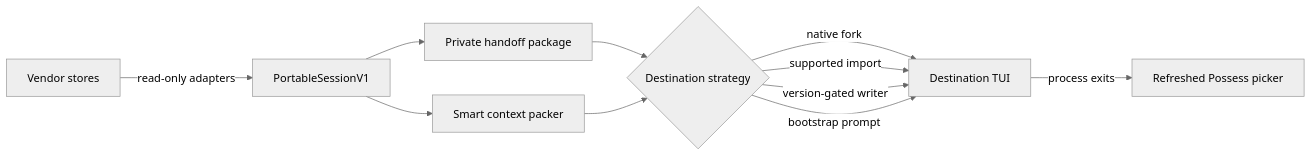
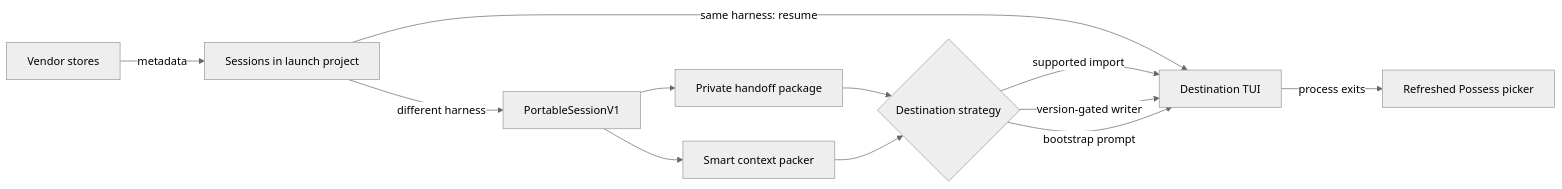
One commit to steven-p-walsh/Possess changed the diagram in docs/architecture.md. Above: the diagram before and after it, drawn with Mermaid (neutral theme). The commit also changed other lines of this file and 17 other files, not shown here.

Commit message:
Improve project-scoped session handoffs

````diff
--- a/docs/architecture.md
+++ b/docs/architecture.md
@@ -7,13 +7,14 @@
 ```mermaid
 flowchart LR
-    A[Vendor stores] -->|read-only adapters| B[PortableSessionV1]
+    A[Vendor stores] -->|metadata| S[Sessions in launch project]
+    S -->|same harness: resume| F[Destination TUI]
+    S -->|different harness| B[PortableSessionV1]
     B --> C[Private handoff package]
     B --> D[Smart context packer]
     C --> E{Destination strategy}
     D --> E
-    E -->|native fork| F[Destination TUI]
     E -->|supported import| F
     E -->|version-gated writer| F
     E -->|bootstrap prompt| F
     F -->|process exits| G[Refreshed Possess picker]
 ```
````
